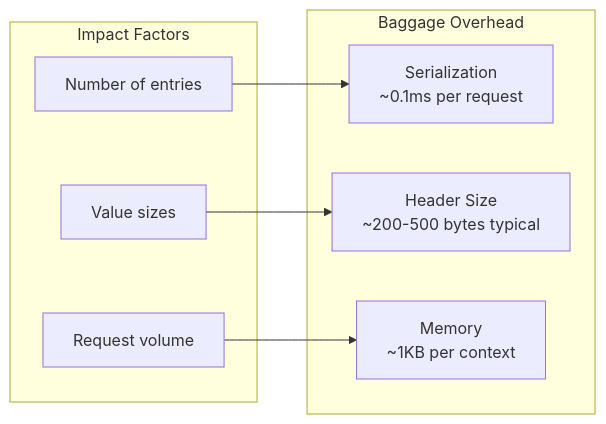
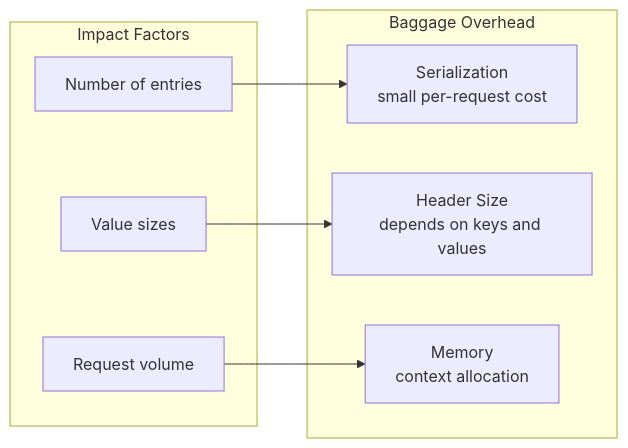
Before and after one commit to OneUptime/blog: the fifth of 6 diagrams in posts/2026-01-30-opentelemetry-baggage-propagation/README.md, drawn with Mermaid. The commit also changed other lines of this file and 2 other files, not shown here.

````diff
--- a/posts/2026-01-30-opentelemetry-baggage-propagation/README.md
+++ b/posts/2026-01-30-opentelemetry-baggage-propagation/README.md
@@ -916,18 +915,18 @@
 ```mermaid
 flowchart LR
     subgraph "Baggage Overhead"
-        A["Serialization<br/>~0.1ms per request"]
-        B["Header Size<br/>~200-500 bytes typical"]
-        C["Memory<br/>~1KB per context"]
+        A["Serialization<br/>small per-request cost"]
+        B["Header Size<br/>depends on keys and values"]
+        C["Memory<br/>context allocation"]
     end
 
     subgraph "Impact Factors"
         D["Number of entries"]
         E["Value sizes"]
         F["Request volume"]
     end
 
     D --> A
     E --> B
     F --> C
 ```
````
